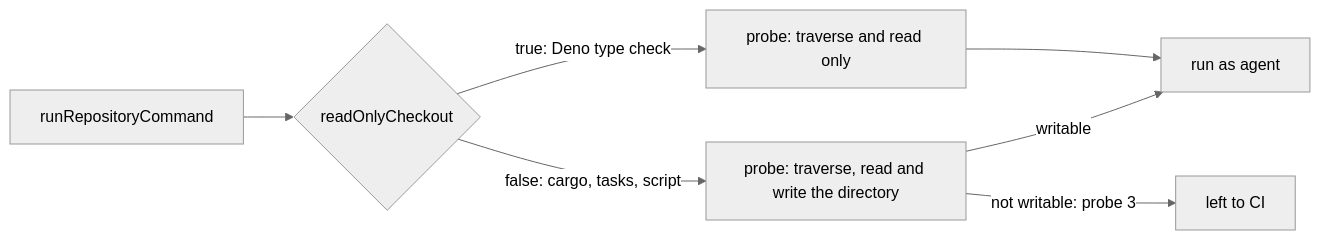
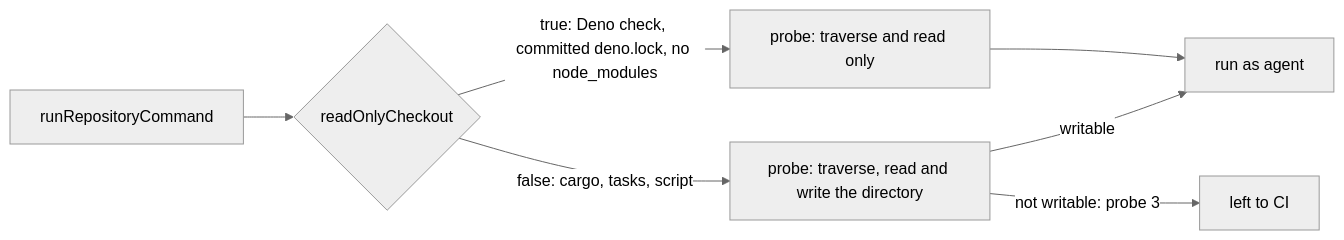
Before and after one commit to stSoftwareAU/VibeCoder: the diagram in docs/archive/pr-summaries/pr-summary-4782.md, drawn with Mermaid (neutral theme). The commit also changed other lines of this file and 4 other files, not shown here.

Commit message:
Keep the write requirement for Deno checks that may write deno.lock or node_modules (#4782)

````diff
--- a/docs/archive/pr-summaries/pr-summary-4782.md
+++ b/docs/archive/pr-summaries/pr-summary-4782.md
@@ -16,9 +19,9 @@
 ```mermaid
 flowchart LR
     A[runRepositoryCommand] --> B{readOnlyCheckout}
-    B -- "true: Deno type check" --> C[probe: traverse and read only]
+    B -- "true: Deno check, committed deno.lock, no node_modules" --> C[probe: traverse and read only]
     B -- "false: cargo, tasks, script" --> D[probe: traverse, read and write the directory]
     C --> E[run as agent]
     D -- writable --> E
     D -- "not writable: probe 3" --> F[left to CI]
 ```
````
